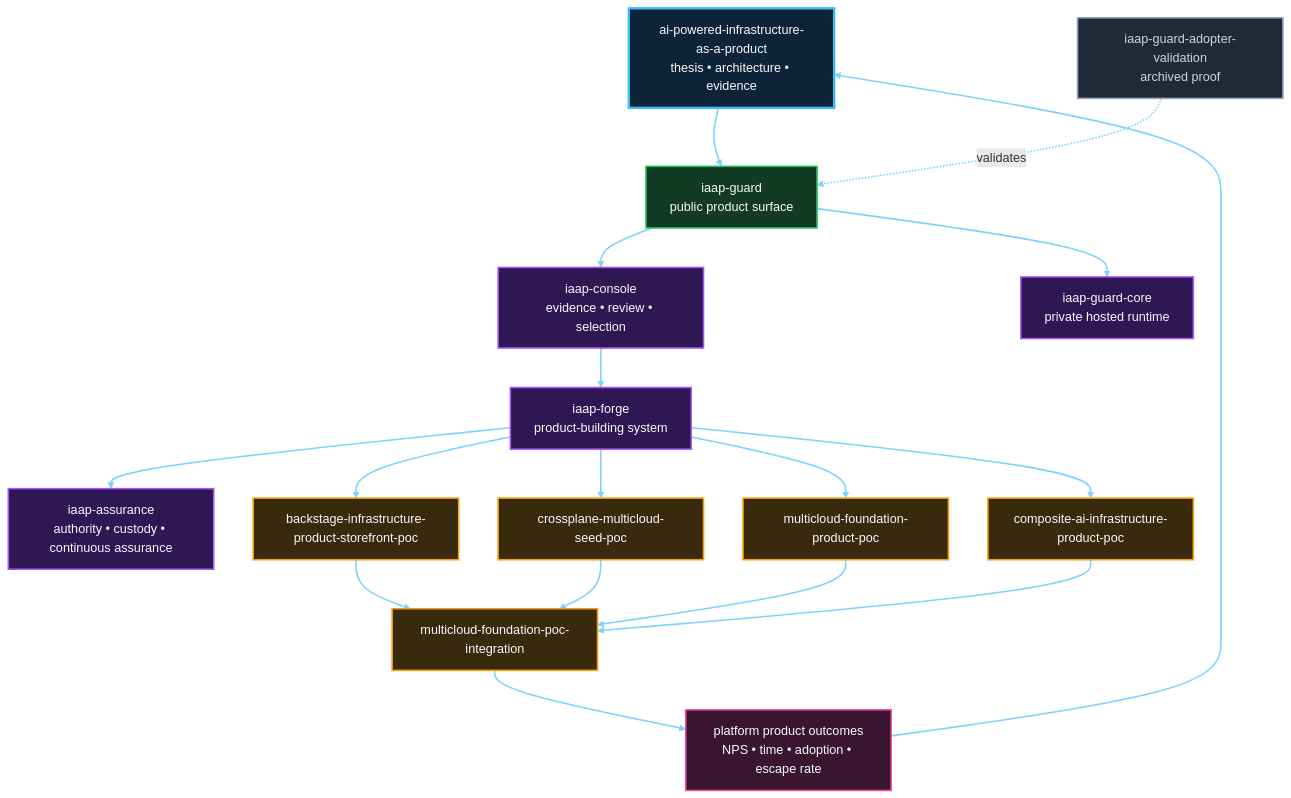
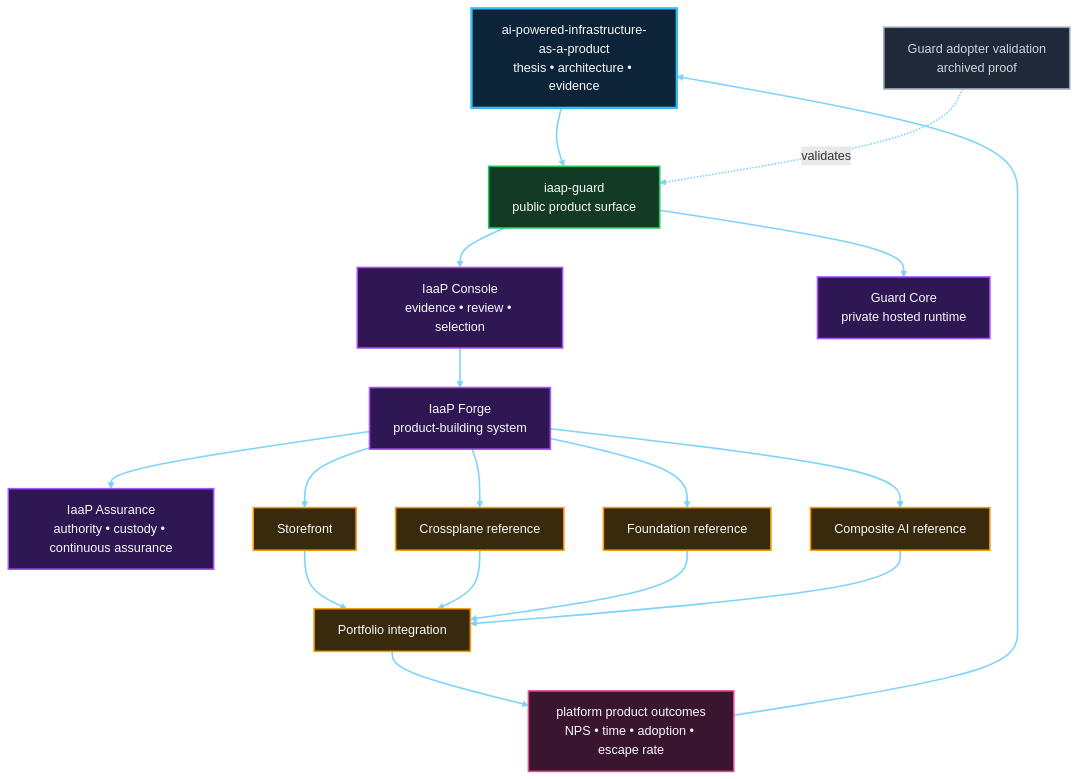
The first of 2 diagrams in docs/poc-portfolio.md (InfrastructureProductWorks/ai-powered-infrastructure-as-a-product), drawn with Mermaid before and after one commit. The commit also changed other lines of this file and 18 other files, not shown here.

````diff
--- a/docs/poc-portfolio.md
+++ b/docs/poc-portfolio.md
@@ -7,49 +7,49 @@
 ```mermaid
 flowchart TB
   HUB["ai-powered-infrastructure-as-a-product<br/>thesis • architecture • evidence"]
   GUARD["iaap-guard<br/>public product surface"]
-  CONSOLE["iaap-console<br/>evidence • review • selection"]
-  ASSURANCE["iaap-assurance<br/>authority • custody • continuous assurance"]
-  CORE["iaap-guard-core<br/>private hosted runtime"]
-  FORGE["iaap-forge<br/>product-building system"]
-  STORE["backstage-infrastructure-product-storefront-poc"]
-  SEED["crossplane-multicloud-seed-poc"]
-  PRODUCT["multicloud-foundation-product-poc"]
-  AI["composite-ai-infrastructure-product-poc"]
-  INT["multicloud-foundation-poc-integration"]
-  ADOPTER["iaap-guard-adopter-validation<br/>archived proof"]
+  CONSOLE["IaaP Console<br/>evidence • review • selection"]
+  ASSURANCE["IaaP Assurance<br/>authority • custody • continuous assurance"]
+  CORE["Guard Core<br/>private hosted runtime"]
+  FORGE["IaaP Forge<br/>product-building system"]
+  STORE["Storefront"]
+  SEED["Crossplane reference"]
+  PRODUCT["Foundation reference"]
+  AI["Composite AI reference"]
+  INT["Portfolio integration"]
+  ADOPTER["Guard adopter validation<br/>archived proof"]
   OUT["platform product outcomes<br/>NPS • time • adoption • escape rate"]
 
   HUB --> GUARD
   GUARD --> CORE
   GUARD --> CONSOLE
   CONSOLE --> FORGE
   FORGE --> ASSURANCE
   FORGE --> STORE
   FORGE --> SEED
   FORGE --> PRODUCT
   FORGE --> AI
   STORE --> INT
   SEED --> INT
   PRODUCT --> INT
   AI --> INT
   ADOPTER -. validates .-> GUARD
   INT --> OUT
   OUT --> HUB
 
   classDef front fill:#0D2438,stroke:#38BDF8,stroke-width:3px,color:#F8FAFC
   classDef public fill:#123A24,stroke:#22C55E,stroke-width:2px,color:#F8FAFC
   classDef private fill:#2E1752,stroke:#A855F7,stroke-width:2px,color:#F8FAFC
   classDef internal fill:#102D55,stroke:#3B82F6,stroke-width:2px,color:#F8FAFC
   classDef poc fill:#3A2A0D,stroke:#F59E0B,stroke-width:2px,color:#F8FAFC
   classDef archived fill:#1F2937,stroke:#94A3B8,stroke-width:2px,color:#CBD5E1
   classDef outcome fill:#3A1530,stroke:#EC4899,stroke-width:2px,color:#F8FAFC
 
   class HUB front
   class GUARD public
   class CORE,CONSOLE,FORGE,ASSURANCE private
   class STORE,SEED,PRODUCT,AI,INT poc
   class ADOPTER archived
   class OUT outcome
   linkStyle default stroke:#7DD3FC,stroke-width:2px
 ```
````
